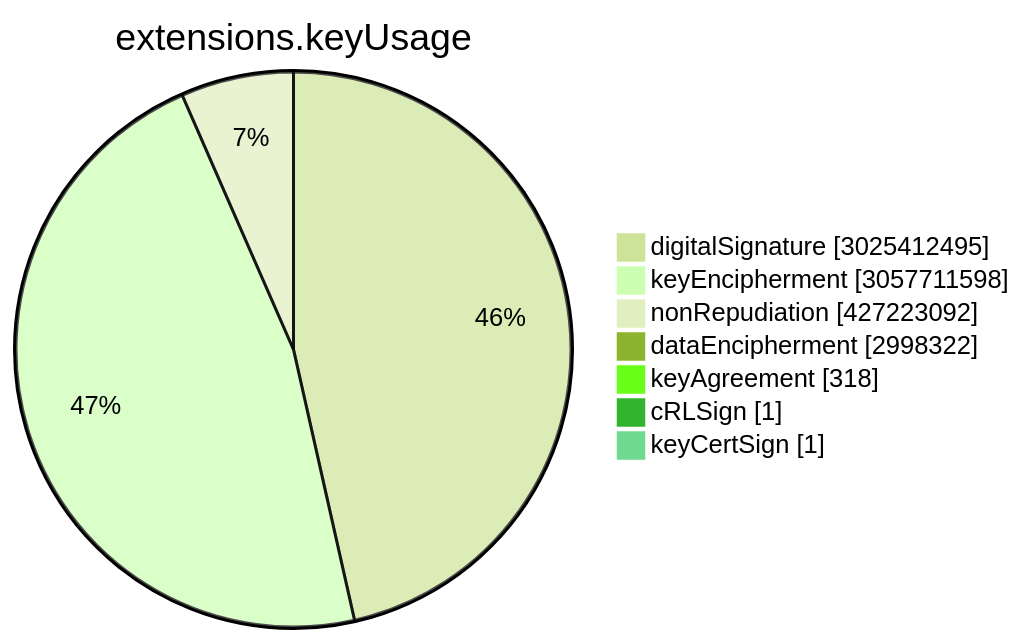
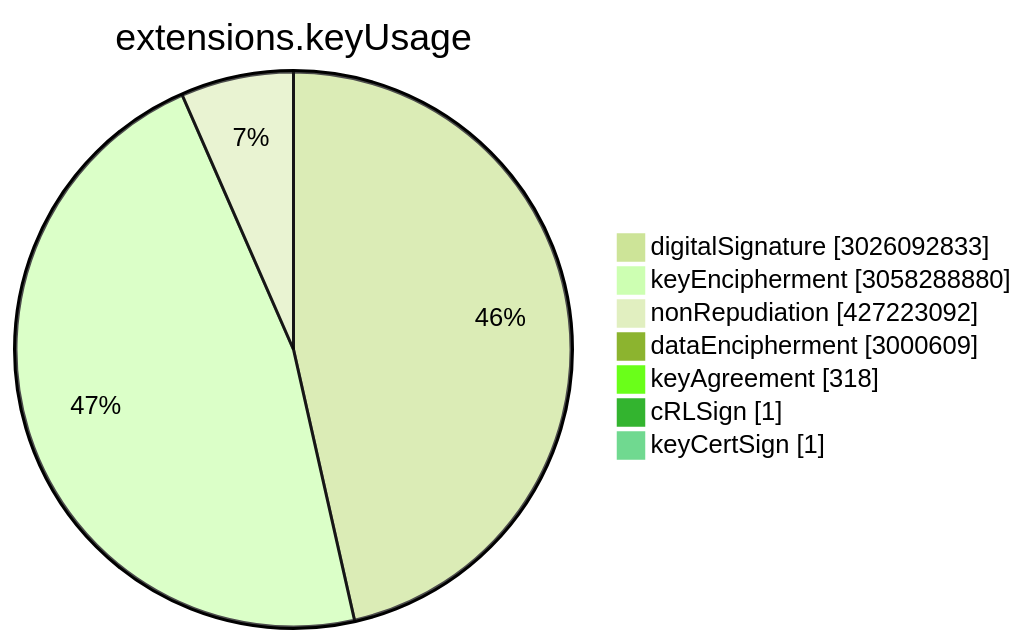
The sixth of 15 diagrams in TOTAL/README.md (christiankrug/ctmonitor_visualization), drawn with Mermaid (forest theme) before and after one commit. The commit also changed other lines of this file, not shown here.

````diff
--- a/TOTAL/README.md
+++ b/TOTAL/README.md
@@ -3075,11 +3075,11 @@
 ```mermaid
 pie showData
 title extensions.keyUsage
-"digitalSignature" :3025412495
-"keyEncipherment" :3057711598
+"digitalSignature" :3026092833
+"keyEncipherment" :3058288880
 "nonRepudiation" :427223092
-"dataEncipherment" :2998322
+"dataEncipherment" :3000609
 "keyAgreement" :318
 "cRLSign" :1
 "keyCertSign" :1
 ```
````
